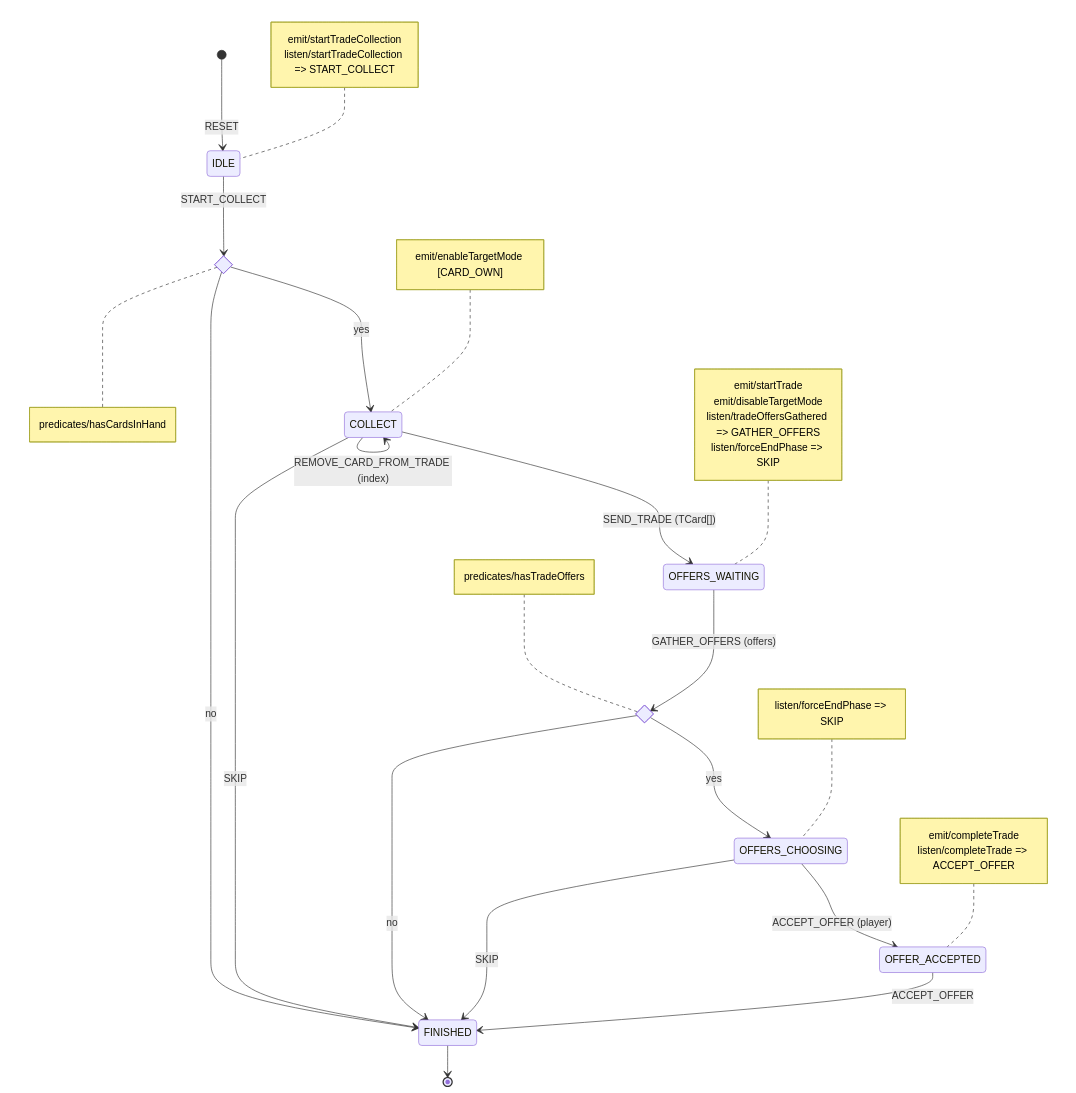
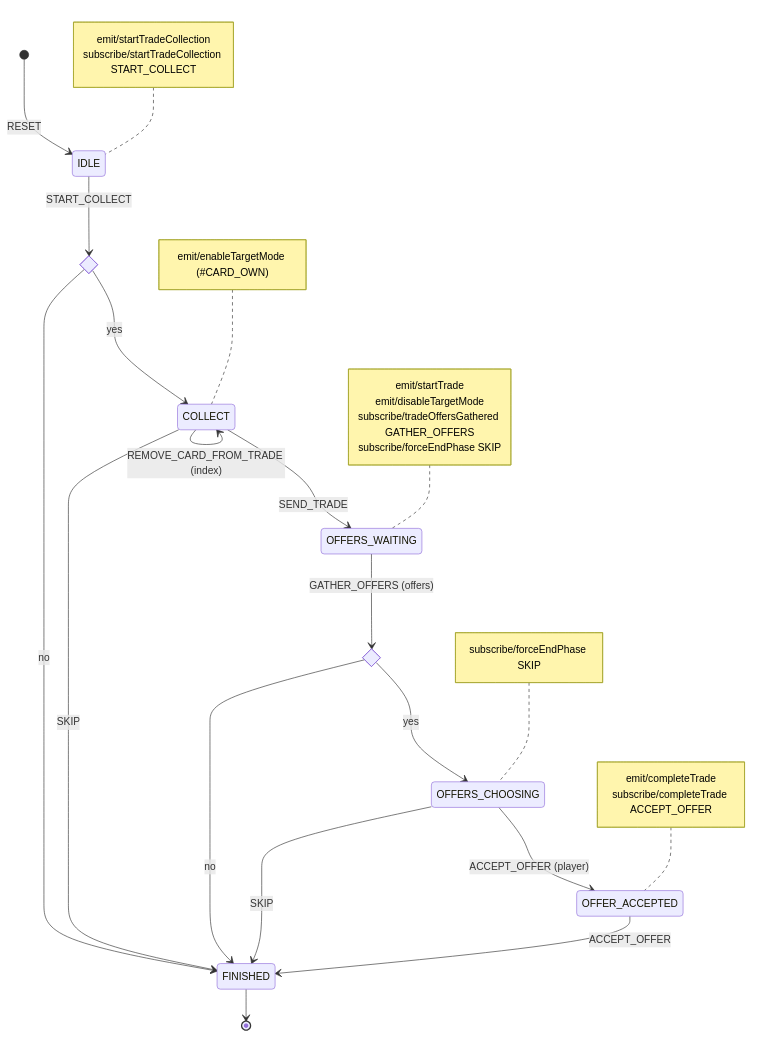
One commit to tfcp68/battle-farm changed the ninth of 12 diagrams in docs/diagrams.md. Above: the diagram before and after it, drawn with Mermaid. The commit also changed other lines of this file and 28 other files, not shown here.

Commit message:
extract mermaid diagrams, add script gen

````diff
--- a/docs/diagrams.md
+++ b/docs/diagrams.md
@@ -394,47 +389,41 @@
 ```mermaid
 stateDiagram-v2
     [*] --> IDLE: RESET
     note left of IDLE
         emit/startTradeCollection
-        listen/startTradeCollection => START_COLLECT
+        subscribe/startTradeCollection START_COLLECT
     end note
     state hasCardsInHand <<choice>>
-    note right of hasCardsInHand
-        predicates/hasCardsInHand
-    end note
     IDLE --> hasCardsInHand: START_COLLECT
     hasCardsInHand --> COLLECT: yes
     note left of COLLECT
-        emit/enableTargetMode [CARD_OWN]
+        emit/enableTargetMode (#CARD_OWN)
     end note
     COLLECT --> COLLECT: HOVER (index)
     COLLECT --> COLLECT: ADD_CARD_TO_TRADE (index)
     COLLECT --> COLLECT: REMOVE_CARD_FROM_TRADE (index)
     hasCardsInHand --> FINISHED: no
     COLLECT --> FINISHED: SKIP
-    COLLECT --> OFFERS_WAITING: SEND_TRADE (TCard[])
+    COLLECT --> OFFERS_WAITING: SEND_TRADE
     note left of OFFERS_WAITING
         emit/startTrade
         emit/disableTargetMode
-        listen/tradeOffersGathered => GATHER_OFFERS
-        listen/forceEndPhase => SKIP
+        subscribe/tradeOffersGathered GATHER_OFFERS
+        subscribe/forceEndPhase SKIP
     end note
     state hasOffers <<choice>>
-    note left of hasOffers
-        predicates/hasTradeOffers
-    end note
     OFFERS_WAITING --> hasOffers: GATHER_OFFERS (offers)
     hasOffers --> OFFERS_CHOOSING: yes
     hasOffers --> FINISHED: no
     note left of OFFERS_CHOOSING
-        listen/forceEndPhase => SKIP
+        subscribe/forceEndPhase SKIP
     end note
     OFFERS_CHOOSING --> FINISHED: SKIP
     OFFERS_CHOOSING --> OFFER_ACCEPTED: ACCEPT_OFFER (player)
     note left of OFFER_ACCEPTED
         emit/completeTrade
-        listen/completeTrade => ACCEPT_OFFER
+        subscribe/completeTrade ACCEPT_OFFER
     end note
     OFFER_ACCEPTED --> FINISHED: ACCEPT_OFFER
     FINISHED --> [*]
 ```
````
